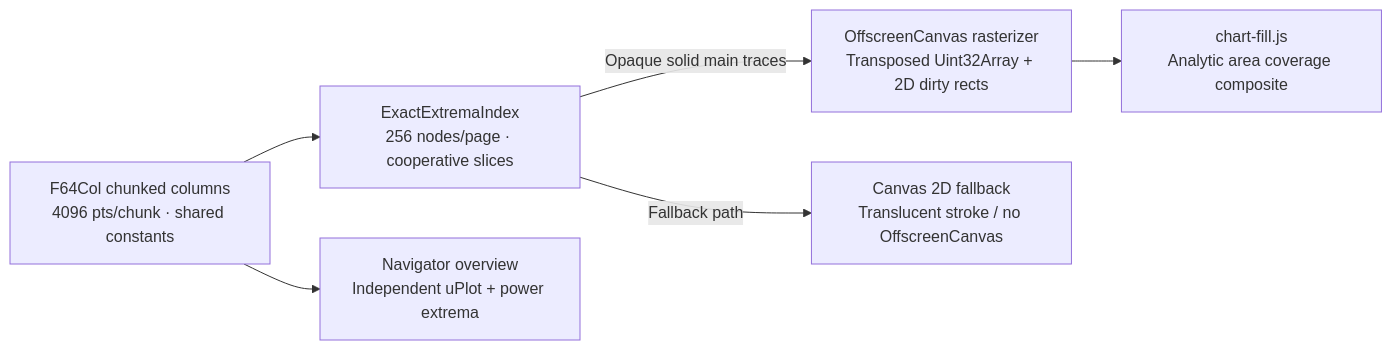
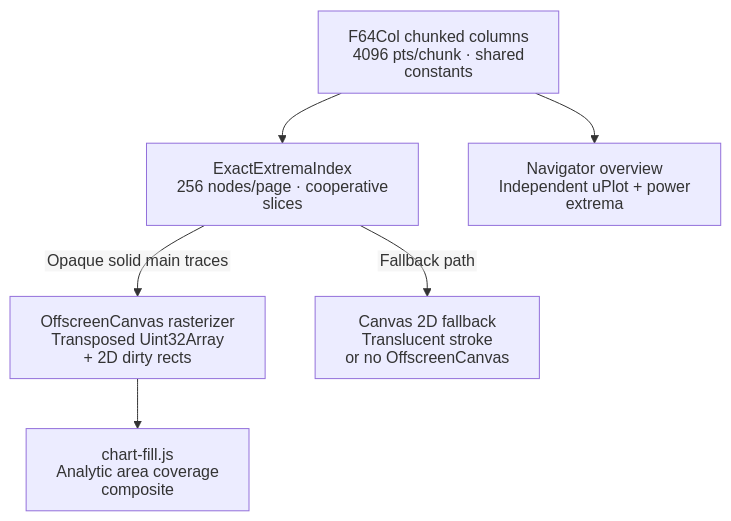
One commit to KHWLGH/laPower changed the third of 4 diagrams in docs/en/ARCHITECTURE.md. Above: the diagram before and after it, drawn with Mermaid. The commit also changed other lines of this file and 1 other file, not shown here.

Commit message:
docs: fix Mermaid label rendering

````diff
--- a/docs/en/ARCHITECTURE.md
+++ b/docs/en/ARCHITECTURE.md
@@ -205,15 +221,22 @@
 ```mermaid
-flowchart LR
+---
+config:
+  htmlLabels: false
+  flowchart:
+    diagramPadding: 110
+    wrappingWidth: 240
+---
+flowchart TB
   COL["F64Col chunked columns<br/>4096 pts/chunk · shared constants"]
   IDX["ExactExtremaIndex<br/>256 nodes/page · cooperative slices"]
-  FAST["OffscreenCanvas rasterizer<br/>Transposed Uint32Array + 2D dirty rects"]
+  FAST["OffscreenCanvas rasterizer<br/>Transposed Uint32Array<br/>+ 2D dirty rects"]
   FILL["chart-fill.js<br/>Analytic area coverage composite"]
-  FALLBACK["Canvas 2D fallback<br/>Translucent stroke / no OffscreenCanvas"]
+  FALLBACK["Canvas 2D fallback<br/>Translucent stroke<br/>or no OffscreenCanvas"]
   NAV["Navigator overview<br/>Independent uPlot + power extrema"]
 
   COL --> IDX
   IDX -->|"Opaque solid main traces"| FAST
   FAST --> FILL
   IDX -->|"Fallback path"| FALLBACK
   COL --> NAV
 ```
````
